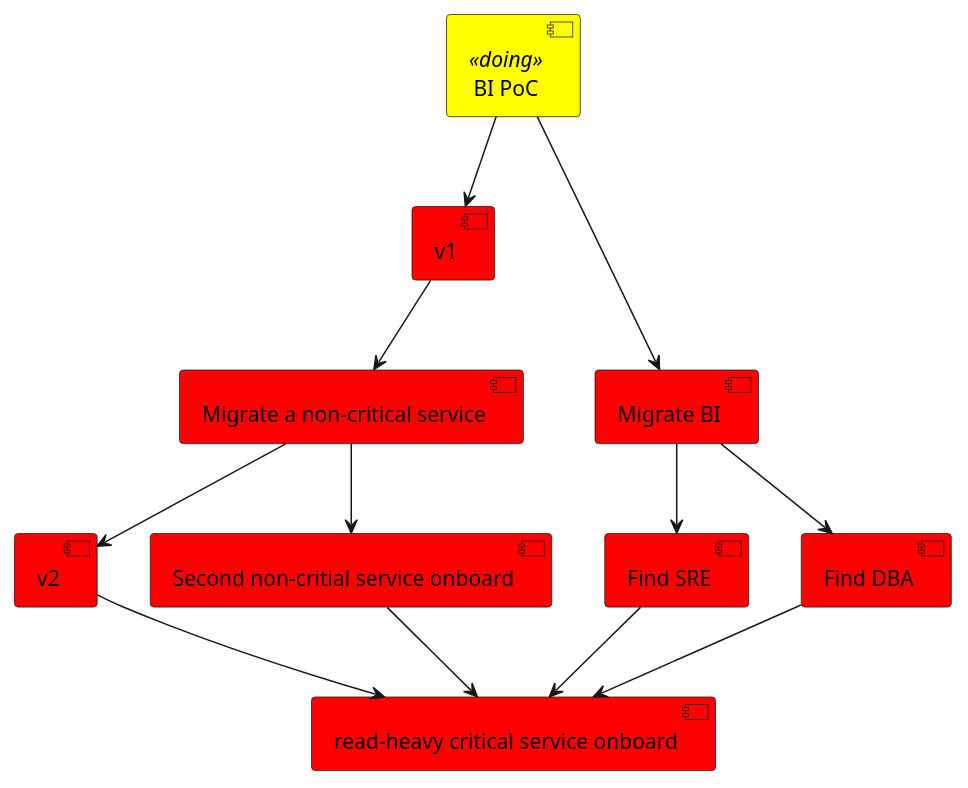
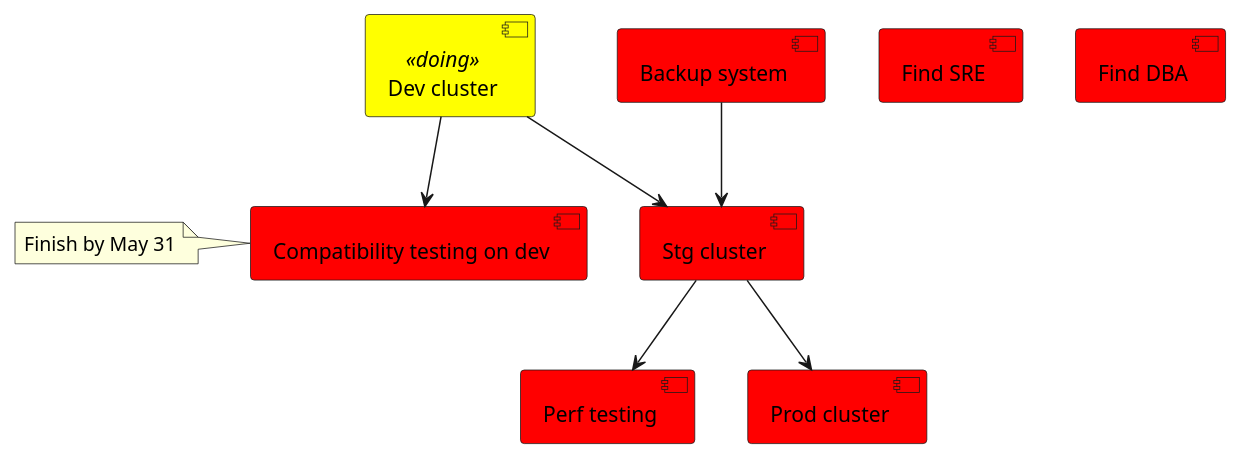
One commit to george24601/notes changed the first of 2 diagrams in pm/plan.plantuml. Above: the diagram before and after it, drawn with PlantUML. The commit also changed other lines of this file and 6 other files, not shown here.

```diff
--- a/pm/plan.plantuml
+++ b/pm/plan.plantuml
@@ -1,20 +1,18 @@
 @startuml
 skinparam component {
 	backgroundColor<<done>> Green
 	backgroundColor<<doing>> Yellow
 	backgroundColor Red
 }
+[Dev cluster] <<doing>>
+[Compatibility testing on dev]
+note left: Finish by May 31
 
-[BI PoC]<<doing>> 
-[BI PoC] --> [v1]
-[BI PoC] --> [Migrate BI] 
-[v1] --> [Migrate a non-critical service]
-[Migrate a non-critical service] --> [v2]
-[Migrate a non-critical service] --> [Second non-critial service onboard]
-[v2] --> [read-heavy critical service onboard]
-[Second non-critial service onboard] --> [read-heavy critical service onboard]
-[Migrate BI] --> [Find SRE]
-[Migrate BI] --> [Find DBA]
-[Find SRE] --> [read-heavy critical service onboard]
-[Find DBA] --> [read-heavy critical service onboard]
+[Backup system] --> [Stg cluster]
+[Dev cluster] --> [Compatibility testing on dev]
+[Dev cluster] --> [Stg cluster]
+[Stg cluster] --> [Perf testing]
+[Stg cluster] --> [Prod cluster]
+[Find SRE] 
+[Find DBA] 
 @enduml
```
